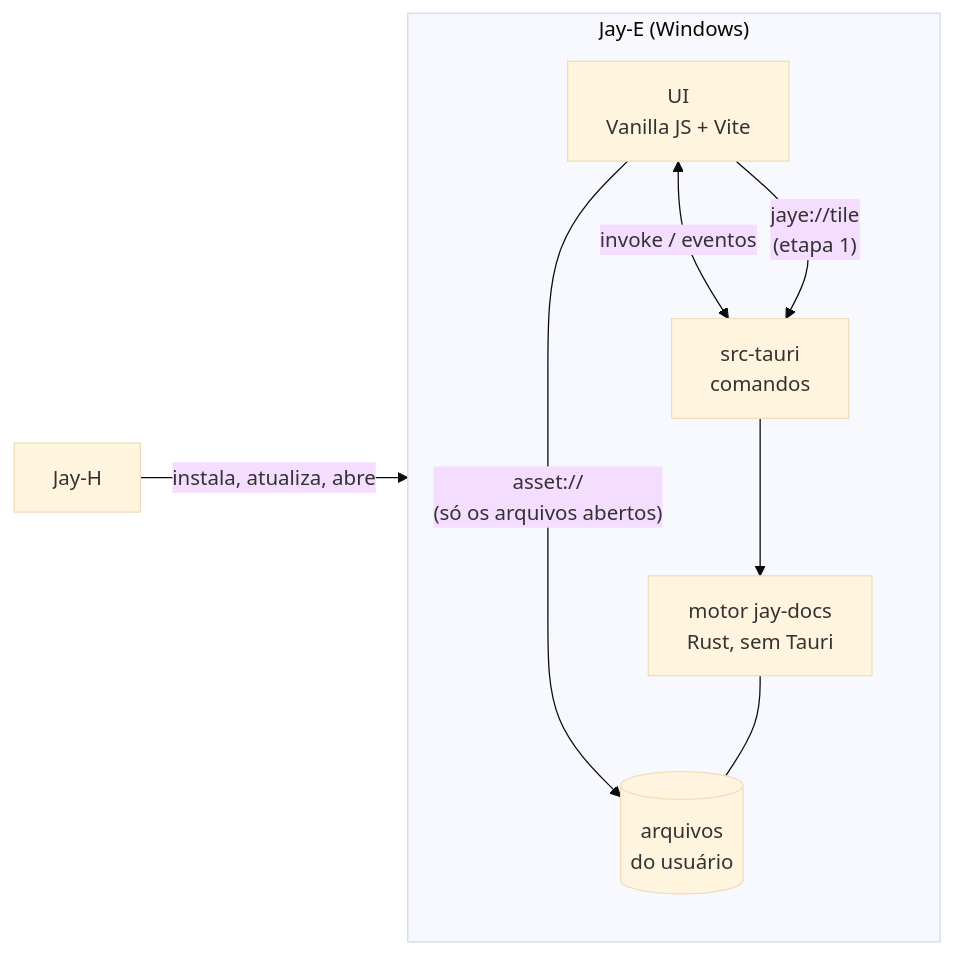
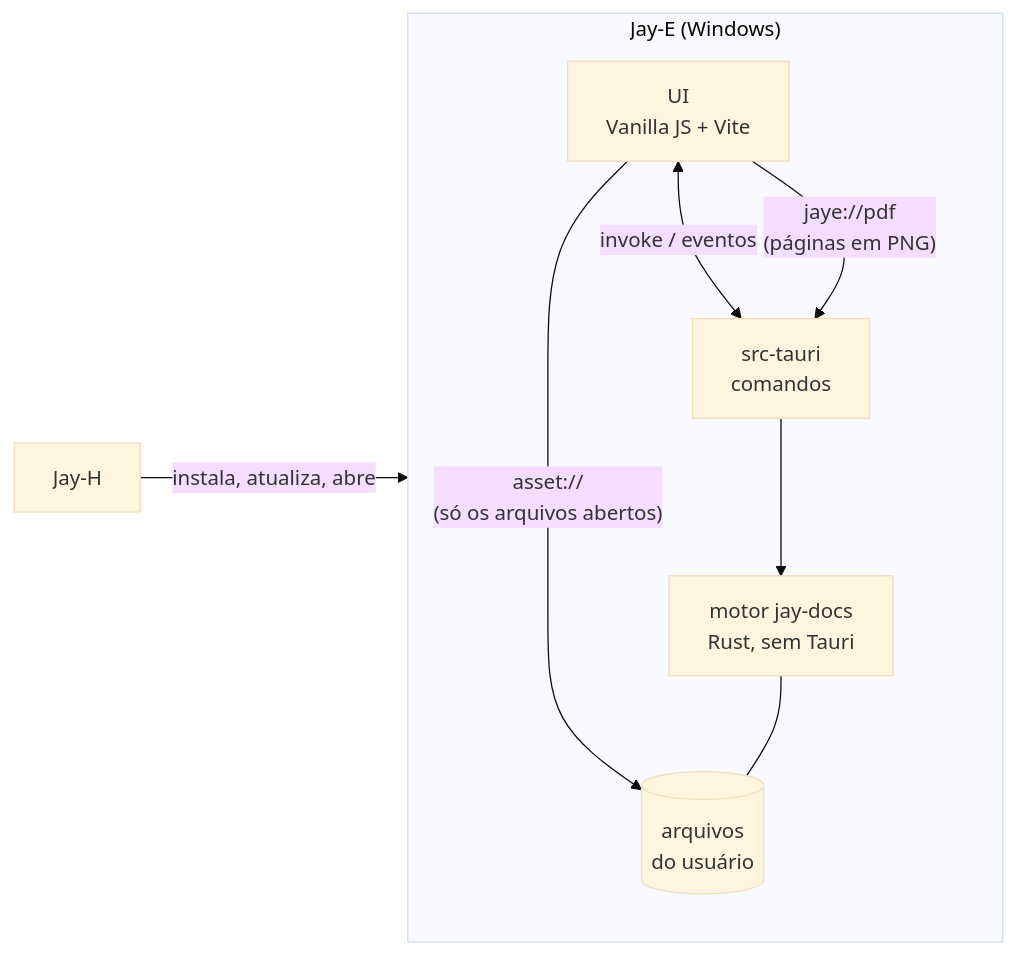
One commit to TyxMatty/Jay-E changed the first of 3 diagrams in docs/ARQUITETURA.md. Above: the diagram before and after it, drawn with Mermaid (base theme). The commit also changed other lines of this file and 21 other files, not shown here.

````diff
--- a/docs/ARQUITETURA.md
+++ b/docs/ARQUITETURA.md
@@ -9,11 +9,11 @@
 ```mermaid
 flowchart LR
   subgraph JE["Jay-E (Windows)"]
     UI["UI<br/>Vanilla JS + Vite"] <-- "invoke / eventos" --> RS["src-tauri<br/>comandos"]
     RS --> ENG["motor jay-docs<br/>Rust, sem Tauri"]
     UI -- "asset://<br/>(só os arquivos abertos)" --> FS
-    UI -- "jaye://tile<br/>(etapa 1)" --> RS
+    UI -- "jaye://pdf<br/>(páginas em PNG)" --> RS
     ENG --- FS[("arquivos<br/>do usuário")]
   end
   JH["Jay-H"] -- "instala, atualiza, abre" --> JE
 ```
````
